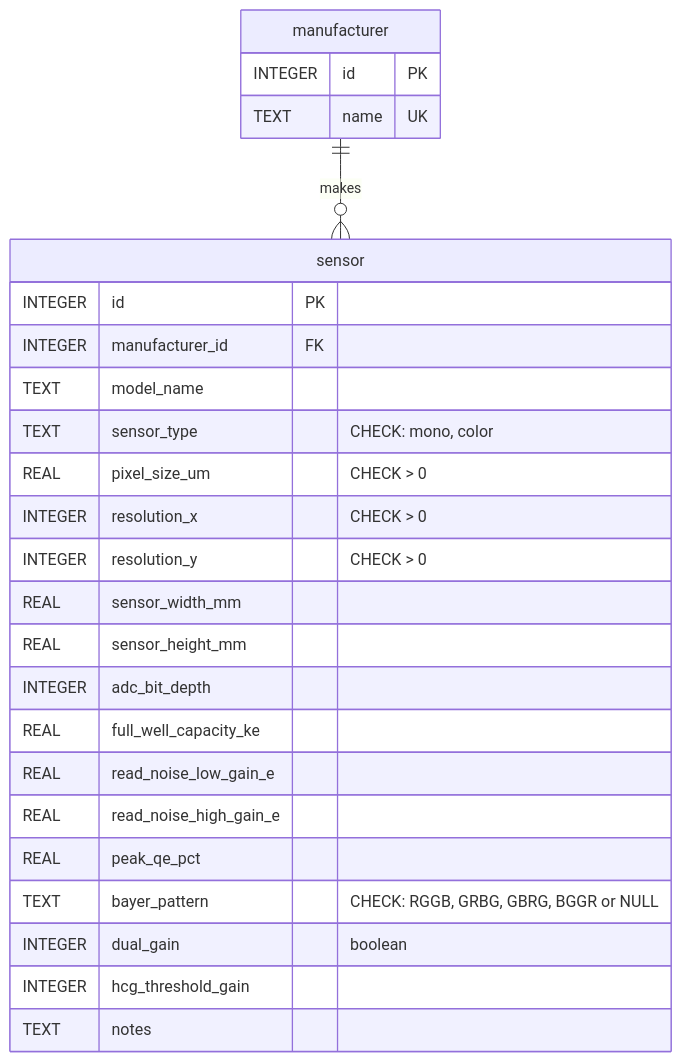
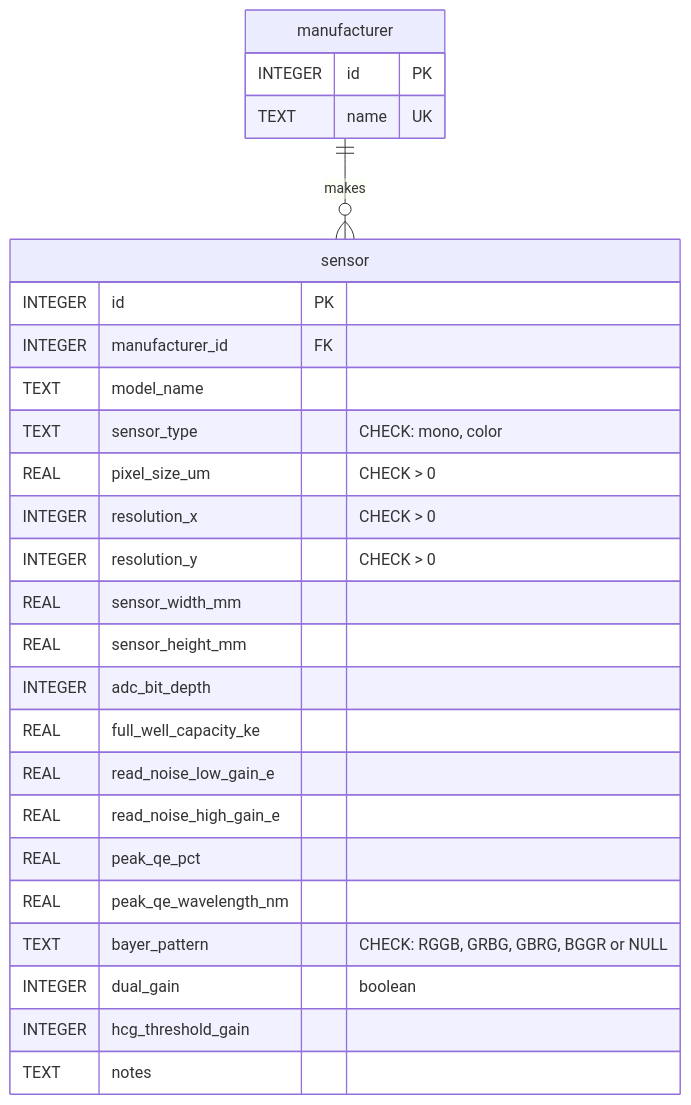
One commit to fbaptiste/nightcrate changed the third of 12 diagrams in DB_SCHEMA.md. Above: the diagram before and after it, drawn with Mermaid. The commit also changed 15 other files, not shown here.

````diff
--- a/DB_SCHEMA.md
+++ b/DB_SCHEMA.md
@@ -132,30 +132,31 @@
 ```mermaid
 erDiagram
     manufacturer {
         INTEGER id PK
         TEXT name UK
     }
 
     sensor {
         INTEGER id PK
         INTEGER manufacturer_id FK
         TEXT model_name
         TEXT sensor_type "CHECK: mono, color"
         REAL pixel_size_um "CHECK > 0"
         INTEGER resolution_x "CHECK > 0"
         INTEGER resolution_y "CHECK > 0"
         REAL sensor_width_mm
         REAL sensor_height_mm
         INTEGER adc_bit_depth
         REAL full_well_capacity_ke
         REAL read_noise_low_gain_e
         REAL read_noise_high_gain_e
         REAL peak_qe_pct
+        REAL peak_qe_wavelength_nm
         TEXT bayer_pattern "CHECK: RGGB, GRBG, GBRG, BGGR or NULL"
         INTEGER dual_gain "boolean"
         INTEGER hcg_threshold_gain
         TEXT notes
     }
 
     manufacturer ||--o{ sensor : "makes"
 ```
````
